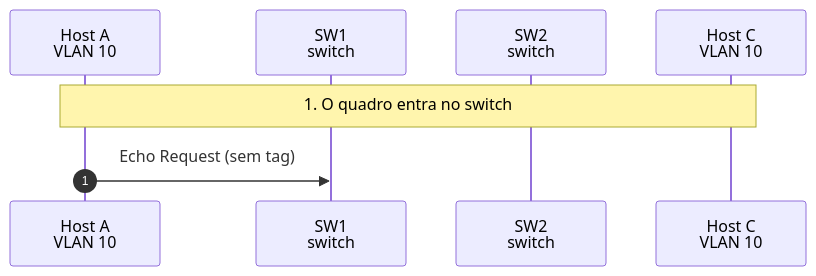
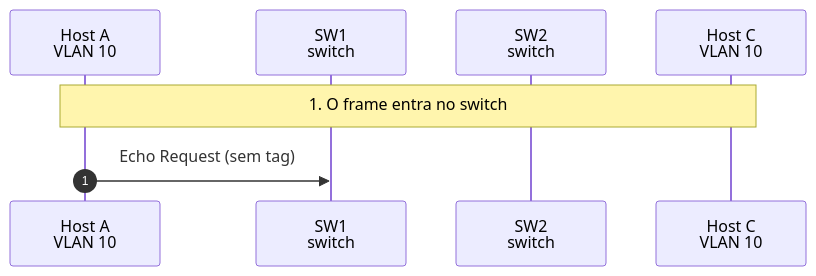
Diagram 15 of 29 in docs/simuladores/vlan.md (emanuel-bs/simul-net), drawn with Mermaid before and after one commit. The commit also changed other lines of this file and 96 other files, not shown here.

````diff
--- a/docs/simuladores/vlan.md
+++ b/docs/simuladores/vlan.md
@@ -497,10 +497,10 @@
 ```mermaid
 sequenceDiagram
   autonumber
   participant n_a as Host A<br/>VLAN 10
   participant n_sw1 as SW1<br/>switch
   participant n_sw2 as SW2<br/>switch
   participant n_c as Host C<br/>VLAN 10
-  Note over n_a,n_c: 1. O quadro entra no switch
+  Note over n_a,n_c: 1. O frame entra no switch
   n_a ->> n_sw1: Echo Request (sem tag)
 ```
````
